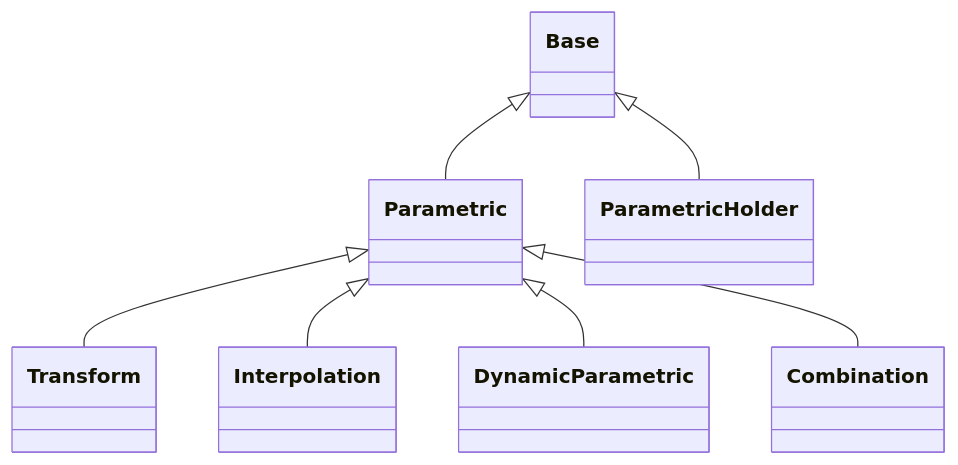
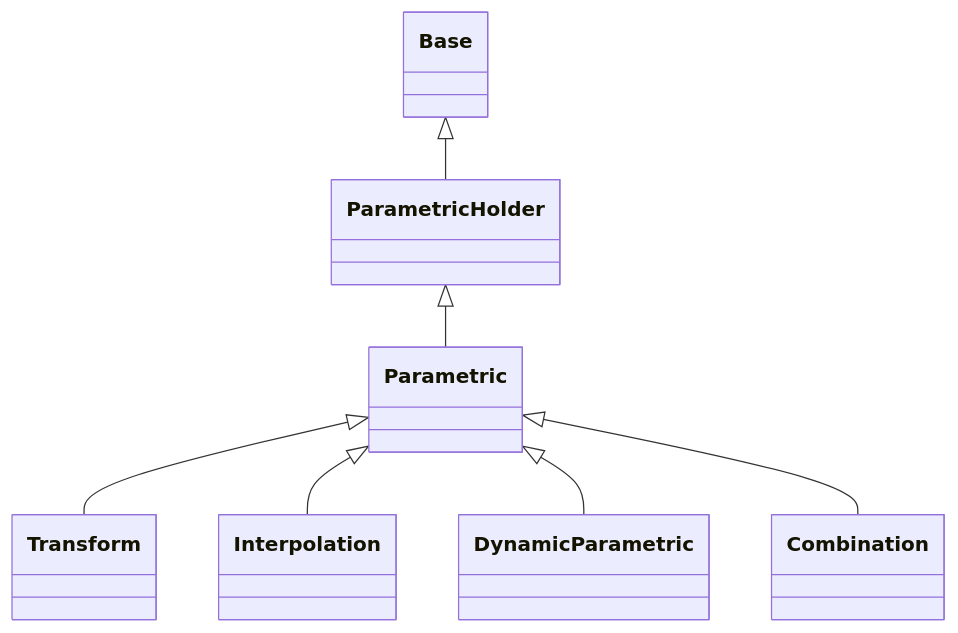
The diagram in docs/API/parametric/parametrics.md (LouisDesdoigts/dLux), drawn with Mermaid before and after one commit. The commit also changed 103 other files, not shown here.

````diff
--- a/docs/API/parametric/parametrics.md
+++ b/docs/API/parametric/parametrics.md
@@ -5,22 +5,22 @@
 ```mermaid
 classDiagram
     class dLux_parametric_parametrics_Parametric["Parametric"]
     class dLux_parametric_parametrics_ParametricHolder["ParametricHolder"]
     class dLux_parametric_parametrics_Transform["Transform"]
     class dLux_parametric_parametrics_Interpolation["Interpolation"]
     class dLux_parametric_parametrics_DynamicParametric["DynamicParametric"]
     class dLux_parametric_parametrics_Combination["Combination"]
-    class zodiax_base_Base["Base"]
-    zodiax_base_Base <|-- dLux_parametric_parametrics_Parametric
+    class dLux_base_Base["Base"]
+    dLux_parametric_parametrics_ParametricHolder <|-- dLux_parametric_parametrics_Parametric
     click dLux_parametric_parametrics_Parametric href "#dLux.parametric.parametrics.Parametric" "Methods: evaluate(), map(), integrate()"
-    zodiax_base_Base <|-- dLux_parametric_parametrics_ParametricHolder
+    dLux_base_Base <|-- dLux_parametric_parametrics_ParametricHolder
     click dLux_parametric_parametrics_ParametricHolder href "#dLux.parametric.parametrics.ParametricHolder" "Methods: resolve()"
     dLux_parametric_parametrics_Parametric <|-- dLux_parametric_parametrics_Transform
     click dLux_parametric_parametrics_Transform href "#dLux.parametric.parametrics.Transform" "Attributes: parametric, transformation · Methods: evaluate()"
     dLux_parametric_parametrics_Parametric <|-- dLux_parametric_parametrics_Interpolation
     click dLux_parametric_parametrics_Interpolation href "#dLux.parametric.parametrics.Interpolation" "Attributes: knots, values, method, extrapolate · Methods: evaluate(), integrate()"
     dLux_parametric_parametrics_Parametric <|-- dLux_parametric_parametrics_DynamicParametric
     click dLux_parametric_parametrics_DynamicParametric href "#dLux.parametric.parametrics.DynamicParametric" "Attributes: parametric, transformation · Methods: evaluate()"
     dLux_parametric_parametrics_Parametric <|-- dLux_parametric_parametrics_Combination
     click dLux_parametric_parametrics_Combination href "#dLux.parametric.parametrics.Combination" "Attributes: parametrics, operation · Methods: validate_operation(), combine(), values(), evaluate()"
 ```
````
